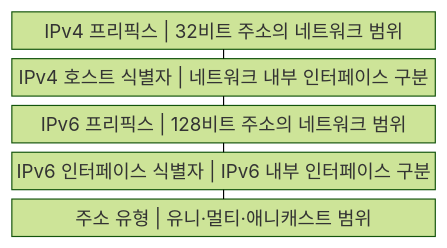
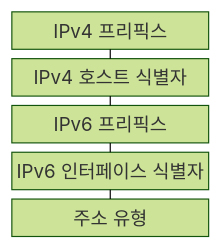
Before and after one commit to agnusdei1207/knowledge-base: the first of 2 diagrams in src/content/docs/notes/04-network/004_ip_addressing_ipv4_ipv6.md, drawn with Mermaid (forest theme). The commit also changed other lines of this file and 122 other files, not shown here.

````diff
--- a/src/content/docs/notes/04-network/004_ip_addressing_ipv4_ipv6.md
+++ b/src/content/docs/notes/04-network/004_ip_addressing_ipv4_ipv6.md
@@ -60,13 +60,13 @@
 ```mermaid
-block
+block-beta
     columns 1
-    A["IPv4 프리픽스 | 32비트 주소의 네트워크 범위"]
-    B["IPv4 호스트 식별자 | 네트워크 내부 인터페이스 구분"]
-    C["IPv6 프리픽스 | 128비트 주소의 네트워크 범위"]
-    D["IPv6 인터페이스 식별자 | IPv6 내부 인터페이스 구분"]
-    E["주소 유형 | 유니·멀티·애니캐스트 범위"]
+    A["IPv4 프리픽스"]
+    B["IPv4 호스트 식별자"]
+    C["IPv6 프리픽스"]
+    D["IPv6 인터페이스 식별자"]
+    E["주소 유형"]
     A --- B
     B --- C
     C --- D
     D --- E
 ```
````
